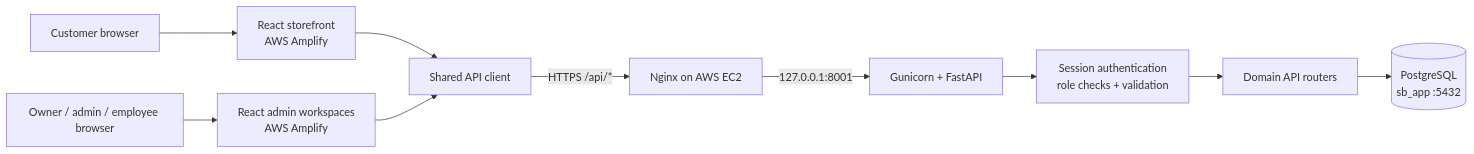
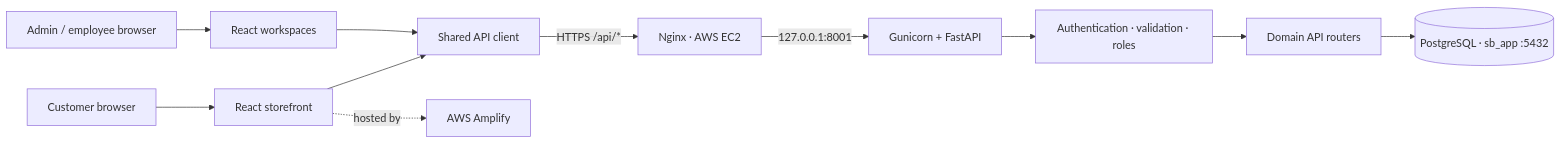
One commit to siinghniibandhan-wq/superbajaar changed the first of 3 diagrams in README.md. Above: the diagram before and after it, drawn with Mermaid. The commit also changed other lines of this file, not shown here.

````diff
--- a/README.md
+++ b/README.md
@@ -52,12 +69,13 @@
 ```mermaid
 flowchart LR
-    C["Customer browser"] --> WEB["React storefront<br/>AWS Amplify"]
-    E["Owner / admin / employee browser"] --> ADMIN["React admin workspaces<br/>AWS Amplify"]
-    WEB --> CLIENT["Shared API client"]
-    ADMIN --> CLIENT
-    CLIENT -->|"HTTPS /api/*"| NGINX["Nginx on AWS EC2"]
-    NGINX -->|"127.0.0.1:8001"| FAST["Gunicorn + FastAPI"]
-    FAST --> AUTH["Session authentication<br/>role checks + validation"]
-    AUTH --> ROUTES["Domain API routers"]
-    ROUTES --> DB[("PostgreSQL<br/>sb_app :5432")]
+  C[Customer browser] --> FE[React storefront]
+  A[Admin / employee browser] --> FE2[React workspaces]
+  FE --> AC[Shared API client]
+  FE2 --> AC
+  AC -->|HTTPS /api/*| NG[Nginx · AWS EC2]
+  NG -->|127.0.0.1:8001| API[Gunicorn + FastAPI]
+  API --> AUTH[Authentication · validation · roles]
+  AUTH --> ROUTER[Domain API routers]
+  ROUTER --> DB[(PostgreSQL · sb_app :5432)]
+  FE -. hosted by .-> AMP[AWS Amplify]
 ```
````
